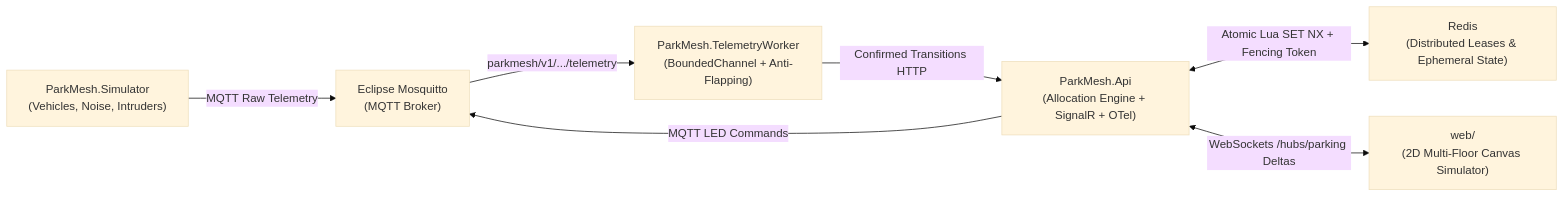
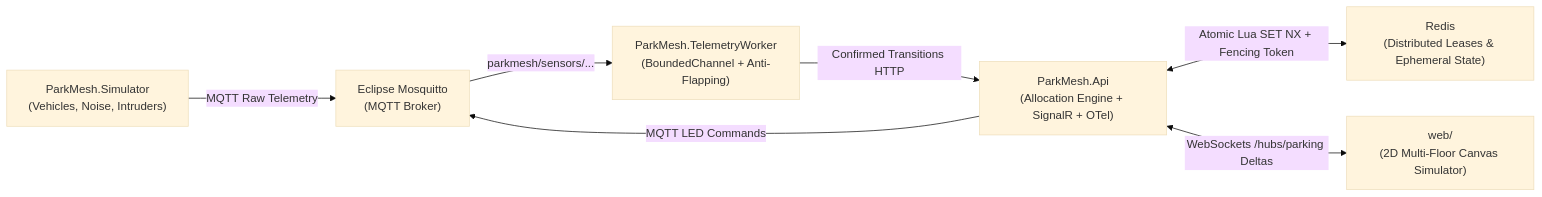
The diagram in docs/ARCHITECTURE.md (DevYuriVieira/parkmesh), drawn with Mermaid (base theme) before and after one commit. The commit also changed other lines of this file and 2 other files, not shown here.

Commit message:
docs(contracts): add API, SignalR, MQTT, and audit schema versioning policy

````diff
--- a/docs/ARCHITECTURE.md
+++ b/docs/ARCHITECTURE.md
@@ -7,9 +7,9 @@
 ```mermaid
 flowchart LR
     Sim["ParkMesh.Simulator\n(Vehicles, Noise, Intruders)"] -->|MQTT Raw Telemetry| Mosq["Eclipse Mosquitto\n(MQTT Broker)"]
-    Mosq -->|parkmesh/v1/.../telemetry| Worker["ParkMesh.TelemetryWorker\n(BoundedChannel + Anti-Flapping)"]
+    Mosq -->|parkmesh/sensors/...| Worker["ParkMesh.TelemetryWorker\n(BoundedChannel + Anti-Flapping)"]
     Worker -->|Confirmed Transitions HTTP| Api["ParkMesh.Api\n(Allocation Engine + SignalR + OTel)"]
     Api <-->|Atomic Lua SET NX + Fencing Token| Redis["Redis\n(Distributed Leases & Ephemeral State)"]
     Api -->|MQTT LED Commands| Mosq
     Api <-->|WebSockets /hubs/parking Deltas| Web["web/\n(2D Multi-Floor Canvas Simulator)"]
 ```
````
